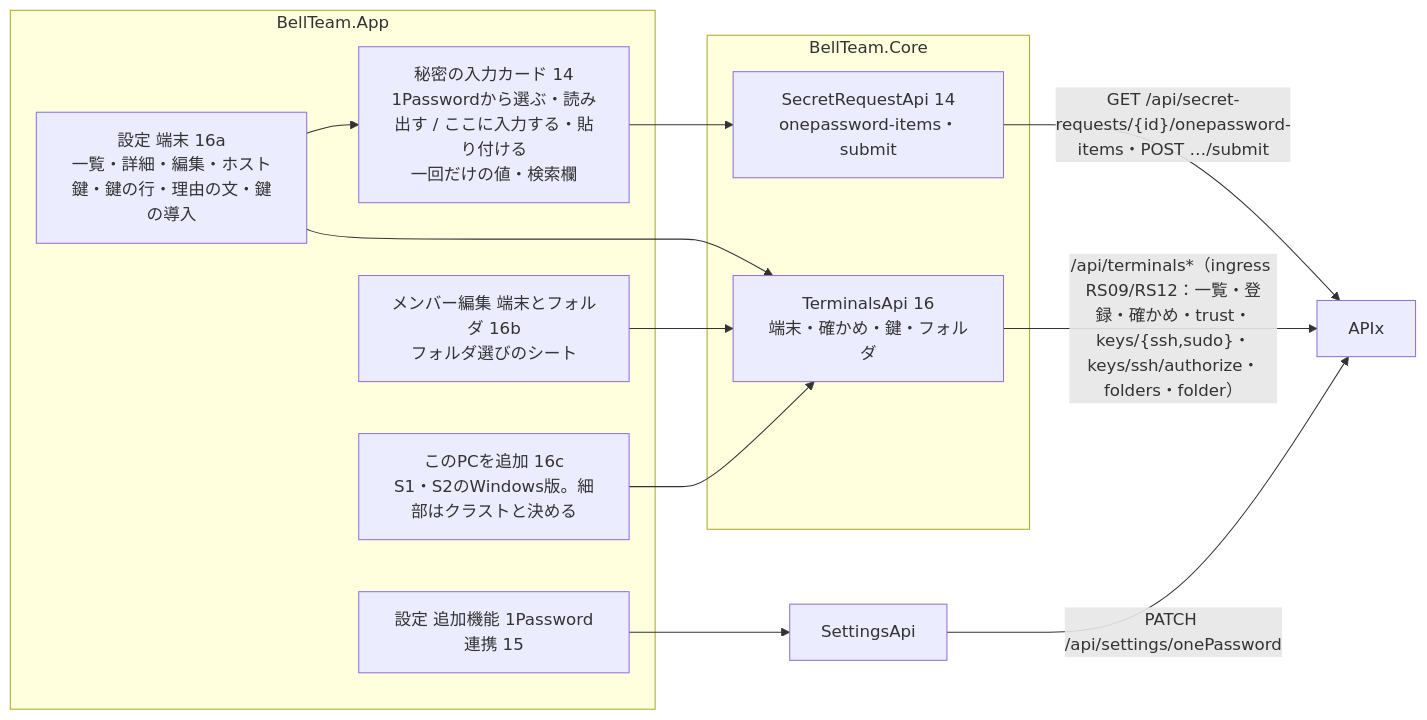
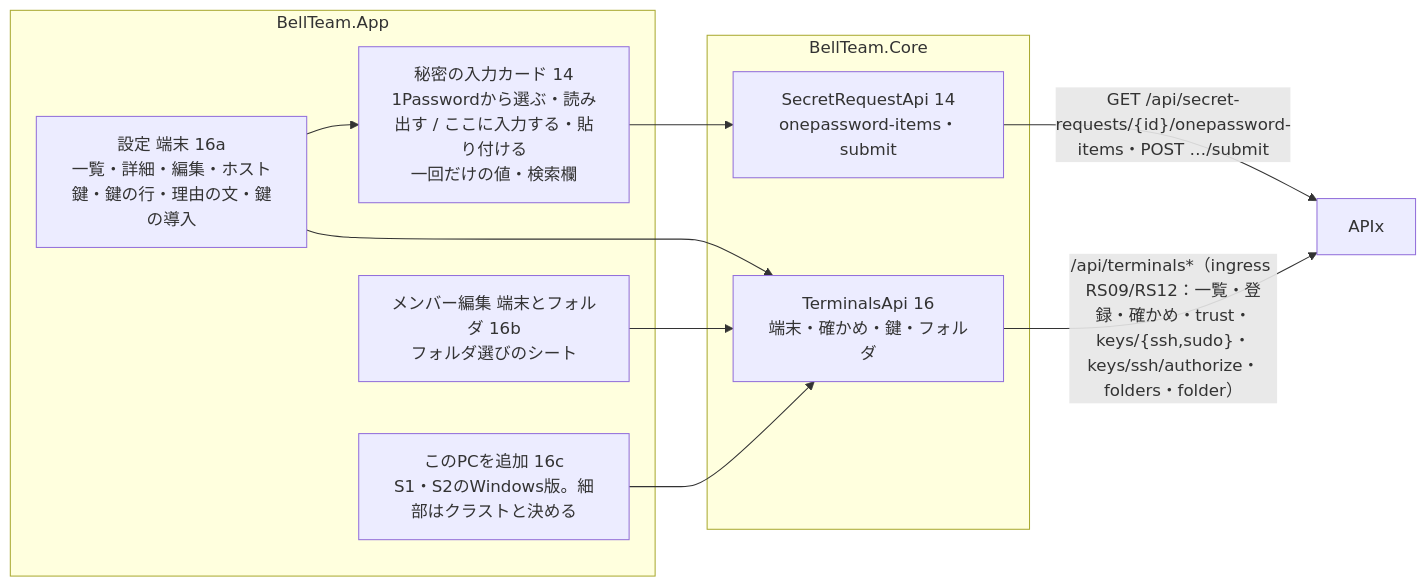
The fifth of 6 diagrams in docs/windows-architecture.md (kitepon/BellTeam), drawn with Mermaid before and after one commit. The commit also changed other lines of this file and 17 other files, not shown here.

````diff
--- a/docs/windows-architecture.md
+++ b/docs/windows-architecture.md
@@ -135,23 +136,20 @@
 ```mermaid
 flowchart LR
   subgraph AppNew[BellTeam.App]
     N2[秘密の入力カード 14<br/>1Passwordから選ぶ・読み出す / ここに入力する・貼り付ける<br/>一回だけの値・検索欄]
-    N3[設定 追加機能 1Password連携 15]
     N4[設定 端末 16a<br/>一覧・詳細・編集・ホスト鍵・鍵の行・理由の文・鍵の導入]
     N5[メンバー編集 端末とフォルダ 16b<br/>フォルダ選びのシート]
     N6[このPCを追加 16c<br/>S1・S2のWindows版。細部はクラストと決める]
   end
   subgraph CoreNew[BellTeam.Core]
     W2[SecretRequestApi 14<br/>onepassword-items・submit]
     W3[TerminalsApi 16<br/>端末・確かめ・鍵・フォルダ]
   end
   N2 --> W2
-  N3 --> C6x[SettingsApi]
   N4 --> W3
   N4 --> N2
   N5 --> W3
   N6 --> W3
   W2 -->|"GET /api/secret-requests/{id}/onepassword-items・POST …/submit"| APIx
   W3 -->|"/api/terminals*（ingress RS09/RS12：一覧・登録・確かめ・trust・keys/{ssh,sudo}・keys/ssh/authorize・folders・folder）"| APIx
-  C6x -->|"PATCH /api/settings/onePassword"| APIx
 ```
````
